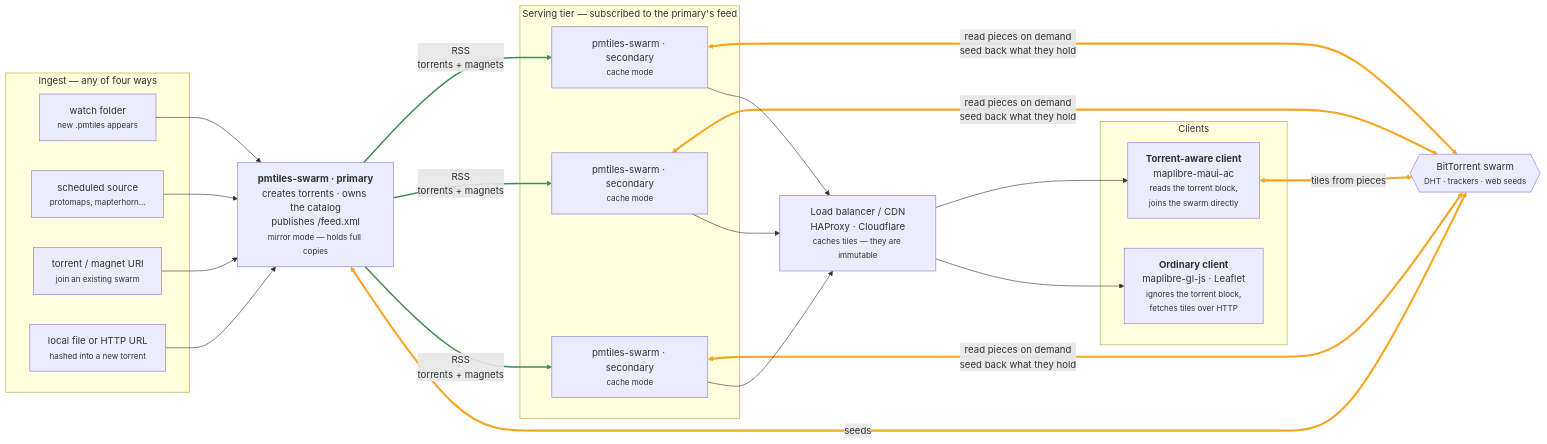
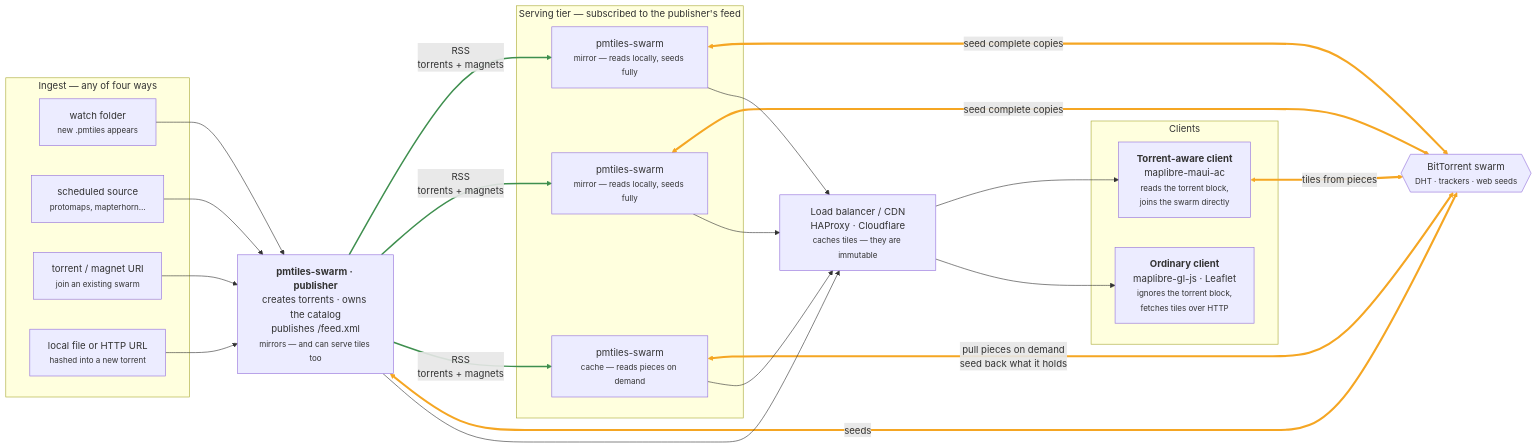
Before and after one commit to TechIdiots-LLC/pmtiles-swarm: the first of 4 diagrams in docs/architecture-diagram.md, drawn with Mermaid. The commit also changed other lines of this file and 6 other files, not shown here.

````diff
--- a/docs/architecture-diagram.md
+++ b/docs/architecture-diagram.md
@@ -16,42 +29,44 @@
 ```mermaid
 %%{init: {"flowchart": {"rankSpacing": 80, "nodeSpacing": 50}}}%%
 graph LR
     subgraph IN["Ingest — any of four ways"]
         F1["watch folder<br/><small>new .pmtiles appears</small>"]
         F2["scheduled source<br/><small>protomaps, mapterhorn…</small>"]
         F3["torrent / magnet URI<br/><small>join an existing swarm</small>"]
         F4["local file or HTTP URL<br/><small>hashed into a new torrent</small>"]
     end
 
     F1 & F2 & F3 & F4 --> PRI
 
-    PRI["<b>pmtiles-swarm · primary</b><br/>creates torrents · owns the catalog<br/>publishes /feed.xml<br/><small>mirror mode — holds full copies</small>"]
+    PRI["<b>pmtiles-swarm · publisher</b><br/>creates torrents · owns the catalog<br/>publishes /feed.xml<br/><small>mirrors — and can serve tiles too</small>"]
 
     PRI -->|"RSS<br/>torrents + magnets"| S1 & S2 & S3
 
-    subgraph SEC["Serving tier — subscribed to the primary's feed"]
-        S1["pmtiles-swarm · secondary<br/><small>cache mode</small>"]
-        S2["pmtiles-swarm · secondary<br/><small>cache mode</small>"]
-        S3["pmtiles-swarm · secondary<br/><small>cache mode</small>"]
+    subgraph SEC["Serving tier — subscribed to the publisher's feed"]
+        S1["pmtiles-swarm<br/><small>mirror — reads locally, seeds fully</small>"]
+        S2["pmtiles-swarm<br/><small>mirror — reads locally, seeds fully</small>"]
+        S3["pmtiles-swarm<br/><small>cache — reads pieces on demand</small>"]
     end
 
     BT{{"BitTorrent swarm<br/><small>DHT · trackers · web seeds</small>"}}
 
     PRI <==>|"seeds"| BT
-    S1 & S2 & S3 <==>|"read pieces on demand<br/>seed back what they hold"| BT
+    S1 & S2 <==>|"seed complete copies"| BT
+    S3 <==>|"pull pieces on demand<br/>seed back what it holds"| BT
 
+    PRI --> LB
     S1 & S2 & S3 --> LB["Load balancer / CDN<br/>HAProxy · Cloudflare<br/><small>caches tiles — they are immutable</small>"]
 
     LB --> C1 & C2
 
     subgraph CL["Clients"]
         C1["<b>Torrent-aware client</b><br/>maplibre-maui-ac<br/><small>reads the torrent block,<br/>joins the swarm directly</small>"]
         C2["<b>Ordinary client</b><br/>maplibre-gl-js · Leaflet<br/><small>ignores the torrent block,<br/>fetches tiles over HTTP</small>"]
     end
 
     C1 <==>|"tiles from pieces"| BT
 
-    %% 4-6 = RSS distribution, 7-10 and 16 = BitTorrent, rest = HTTP
+    %% 4-6 = RSS distribution, 7-10 and 17 = BitTorrent, rest = HTTP
     linkStyle 4,5,6 stroke:#3F8F4F,stroke-width:2.5px;
-    linkStyle 7,8,9,10,16 stroke:#F5A623,stroke-width:3.5px;
+    linkStyle 7,8,9,10,17 stroke:#F5A623,stroke-width:3.5px;
 ```
````
